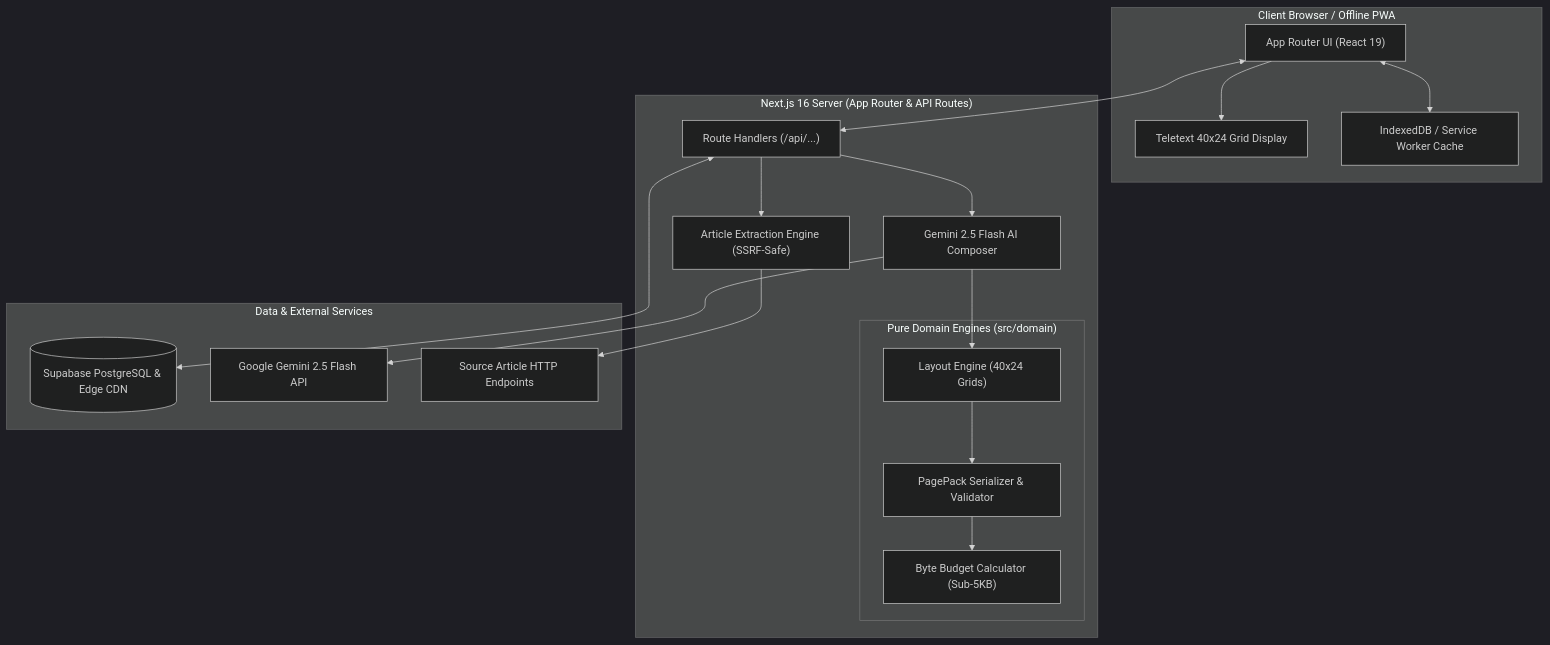
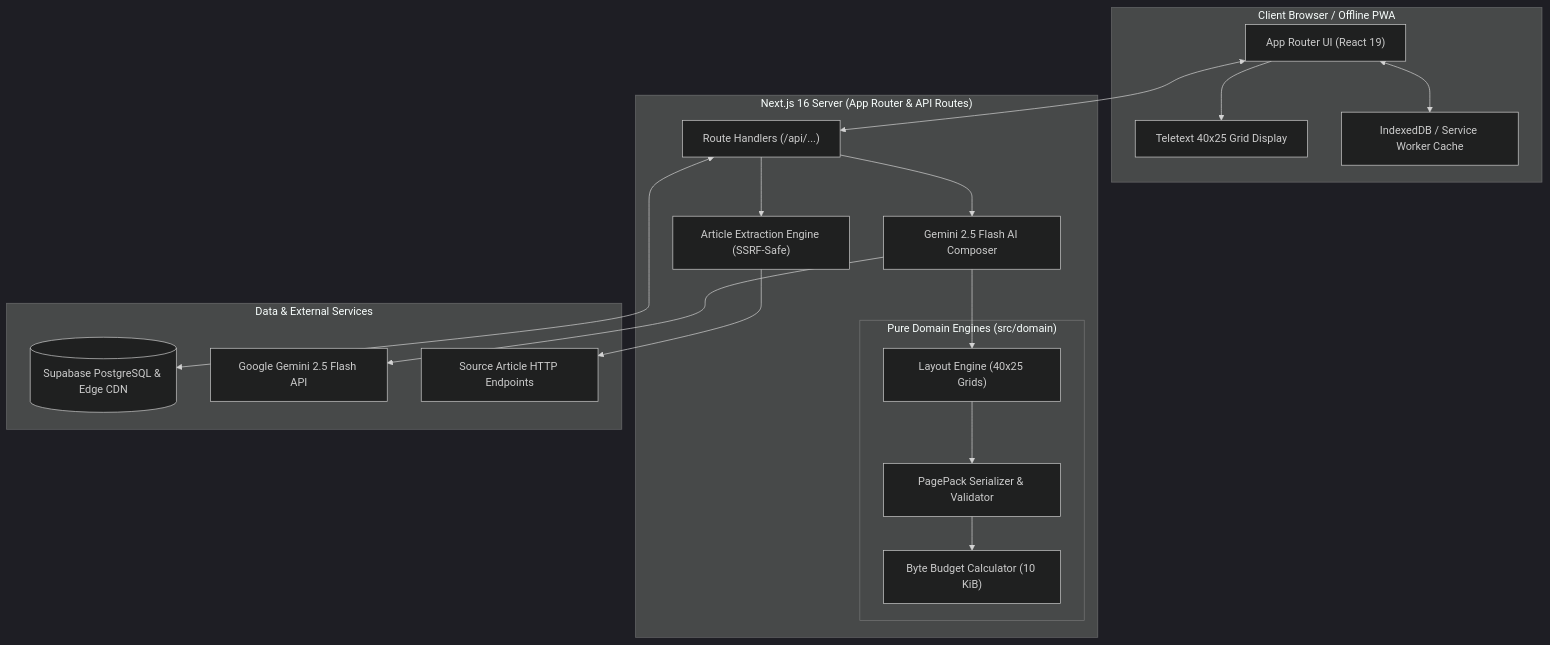
The diagram in .kiro/steering/architecture.md (Atulyaam/PageCast), drawn with Mermaid (dark theme) before and after one commit. The commit also changed other lines of this file and 15 other files, not shown here.

````diff
--- a/.kiro/steering/architecture.md
+++ b/.kiro/steering/architecture.md
@@ -11,38 +11,38 @@
 ```mermaid
 flowchart TD
     subgraph Client["Client Browser / Offline PWA"]
         UI["App Router UI (React 19)"]
-        Terminal["Teletext 40x24 Grid Display"]
+        Terminal["Teletext 40x25 Grid Display"]
         Cache["IndexedDB / Service Worker Cache"]
     end
 
     subgraph Server["Next.js 16 Server (App Router & API Routes)"]
         APIRoutes["Route Handlers (/api/...)"]
         Fetcher["Article Extraction Engine (SSRF-Safe)"]
         AIComposer["Gemini 2.5 Flash AI Composer"]
         
         subgraph Domain["Pure Domain Engines (src/domain)"]
-            Layout["Layout Engine (40x24 Grids)"]
+            Layout["Layout Engine (40x25 Grids)"]
             PackCodec["PagePack Serializer & Validator"]
-            Budget["Byte Budget Calculator (Sub-5KB)"]
+            Budget["Byte Budget Calculator (10 KiB)"]
         end
     end
 
     subgraph Data["Data & External Services"]
         Supabase[("Supabase PostgreSQL & Edge CDN")]
         GeminiAPI["Google Gemini 2.5 Flash API"]
         ExternalWeb["Source Article HTTP Endpoints"]
     end
 
     UI --> Terminal
     UI <--> Cache
     UI <--> APIRoutes
     APIRoutes --> Fetcher
     Fetcher --> ExternalWeb
     APIRoutes --> AIComposer
     AIComposer --> GeminiAPI
     AIComposer --> Layout
     Layout --> PackCodec
     PackCodec --> Budget
     APIRoutes <--> Supabase
 ```
````
